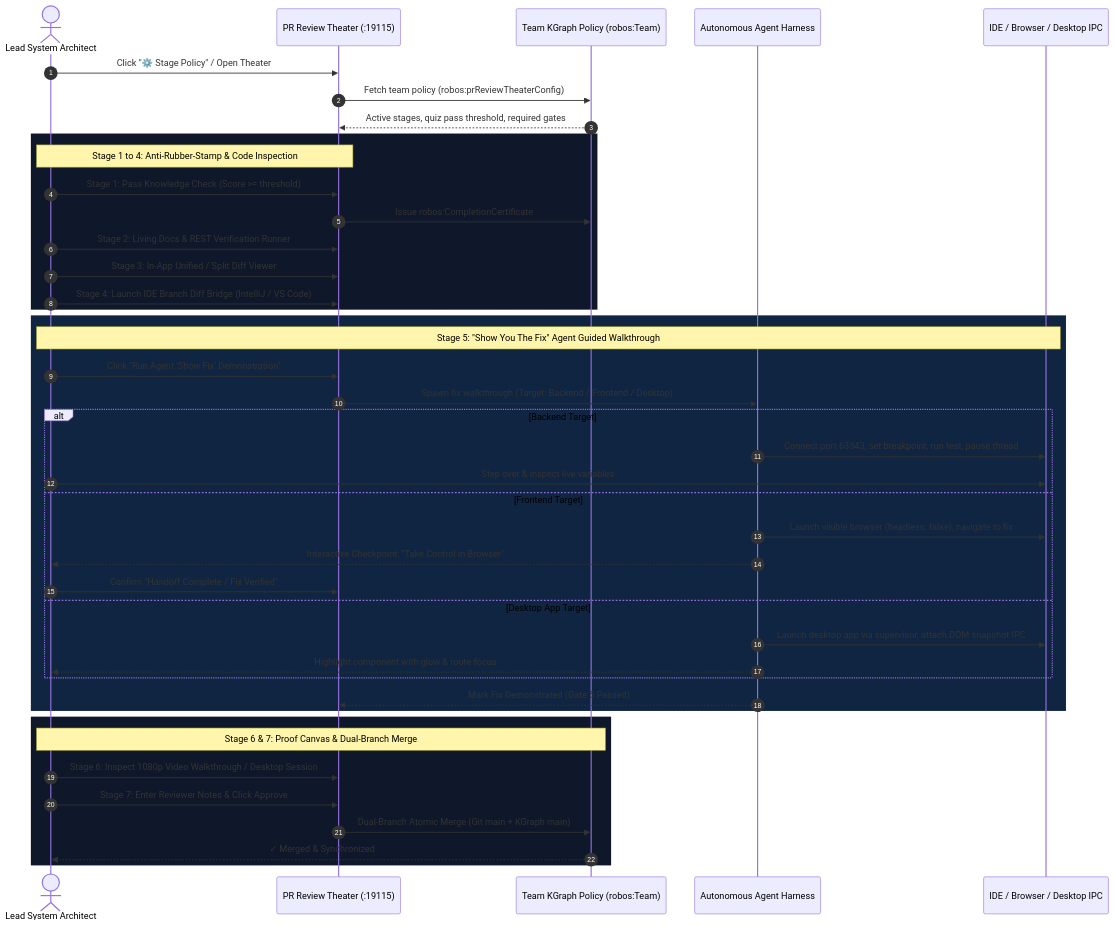
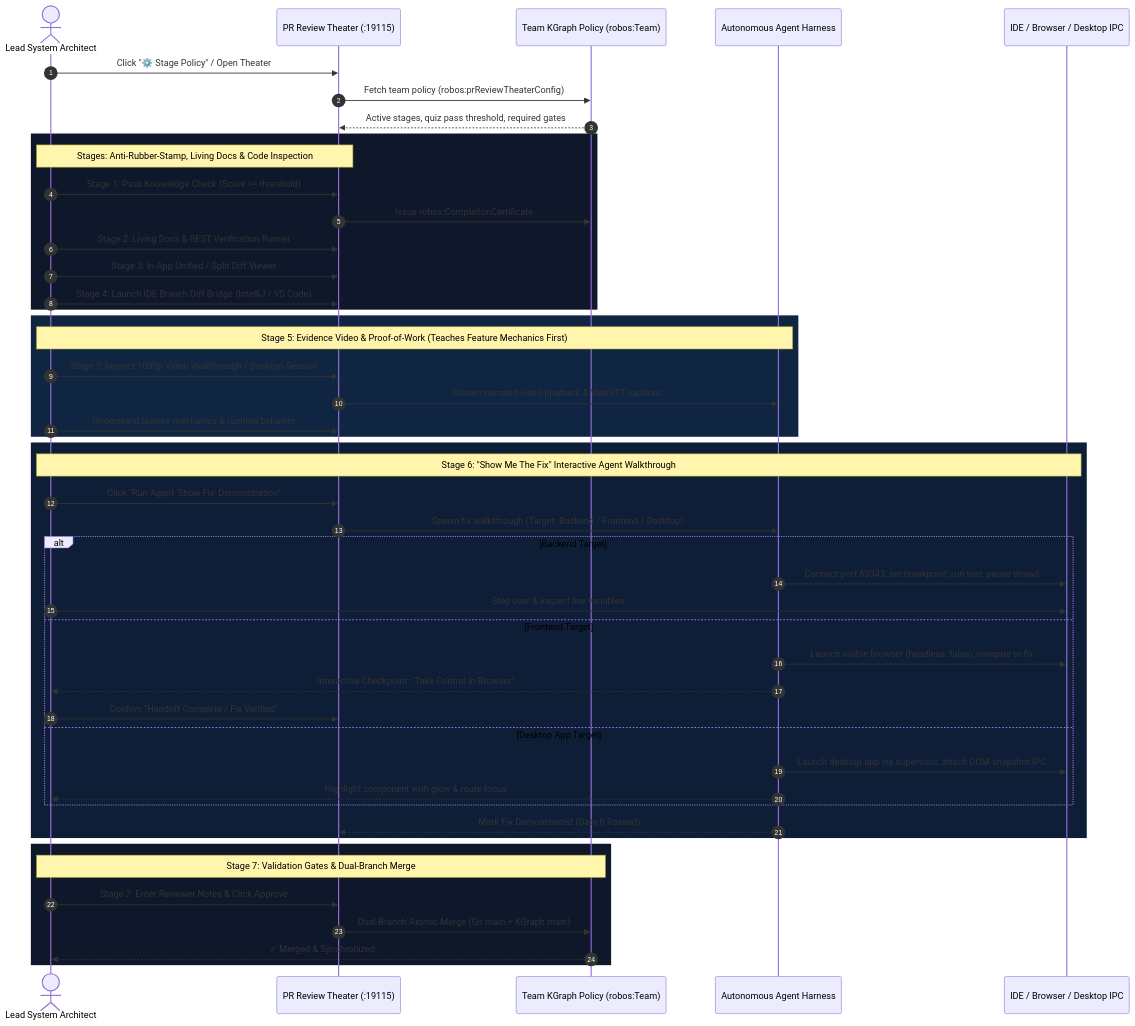
One commit to nddipiazza/robos changed the diagram in docs/pr-review-theater.md. Above: the diagram before and after it, drawn with Mermaid. The commit also changed other lines of this file and 6 other files, not shown here.

Commit message:
feat(pr-review): swap evidence video before show-the-fix and update timeless architecture schematic

````diff
--- a/docs/pr-review-theater.md
+++ b/docs/pr-review-theater.md
@@ -64,48 +64,54 @@
 ```mermaid
 sequenceDiagram
     autonumber
     actor Architect as Lead System Architect
     participant Theater as PR Review Theater (:19115)
     participant KGraph as Team KGraph Policy (robos:Team)
     participant Agent as Autonomous Agent Harness
     participant IDE as IDE / Browser / Desktop IPC
 
     Architect->>Theater: Click "⚙️ Stage Policy" / Open Theater
     Theater->>KGraph: Fetch team policy (robos:prReviewTheaterConfig)
     KGraph-->>Theater: Active stages, quiz pass threshold, required gates
 
     rect rgb(15, 23, 42)
-        Note over Architect,Theater: Stage 1 to 4: Anti-Rubber-Stamp & Code Inspection
+        Note over Architect,Theater: Stages: Anti-Rubber-Stamp, Living Docs & Code Inspection
         Architect->>Theater: Stage 1: Pass Knowledge Check (Score >= threshold)
         Theater->>KGraph: Issue robos:CompletionCertificate
         Architect->>Theater: Stage 2: Living Docs & REST Verification Runner
         Architect->>Theater: Stage 3: In-App Unified / Split Diff Viewer
         Architect->>Theater: Stage 4: Launch IDE Branch Diff Bridge (IntelliJ / VS Code)
     end
 
     rect rgb(16, 37, 66)
-        Note over Architect,IDE: Stage 5: "Show You The Fix" Agent Guided Walkthrough
+        Note over Architect,Agent: Stage 5: Evidence Video & Proof-of-Work (Teaches Feature Mechanics First)
+        Architect->>Theater: Stage 5: Inspect 1080p Video Walkthrough / Desktop Session
+        Theater->>Agent: Stream narrated video playback & WebVTT captions
+        Architect->>Theater: Understand feature mechanics & runtime behavior
+    end
+
+    rect rgb(15, 30, 55)
+        Note over Architect,IDE: Stage 6: "Show Me The Fix" Interactive Agent Walkthrough
         Architect->>Theater: Click "Run Agent 'Show Fix' Demonstration"
         Theater->>Agent: Spawn fix walkthrough (Target: Backend / Frontend / Desktop)
         alt Backend Target
             Agent->>IDE: Connect port 63343, set breakpoint, run test, pause thread
             Architect->>IDE: Step over & inspect live variables
         else Frontend Target
             Agent->>IDE: Launch visible browser (headless: false), navigate to fix
             Agent-->>Architect: Interactive Checkpoint: "Take Control in Browser"
             Architect->>Theater: Confirm "Handoff Complete / Fix Verified"
         else Desktop App Target
             Agent->>IDE: Launch desktop app via supervisor, attach DOM snapshot IPC
             Agent-->>Architect: Highlight component with glow & route focus
         end
-        Agent-->>Theater: Mark Fix Demonstrated (Gate 5 Passed)
+        Agent-->>Theater: Mark Fix Demonstrated (Gate 6 Passed)
     end
 
     rect rgb(15, 23, 42)
-        Note over Architect,KGraph: Stage 6 & 7: Proof Canvas & Dual-Branch Merge
-        Architect->>Theater: Stage 6: Inspect 1080p Video Walkthrough / Desktop Session
+        Note over Architect,KGraph: Stage 7: Validation Gates & Dual-Branch Merge
         Architect->>Theater: Stage 7: Enter Reviewer Notes & Click Approve
         Theater->>KGraph: Dual-Branch Atomic Merge (Git main + KGraph main)
         KGraph-->>Architect: ✓ Merged & Synchronized
     end
 ```
````
